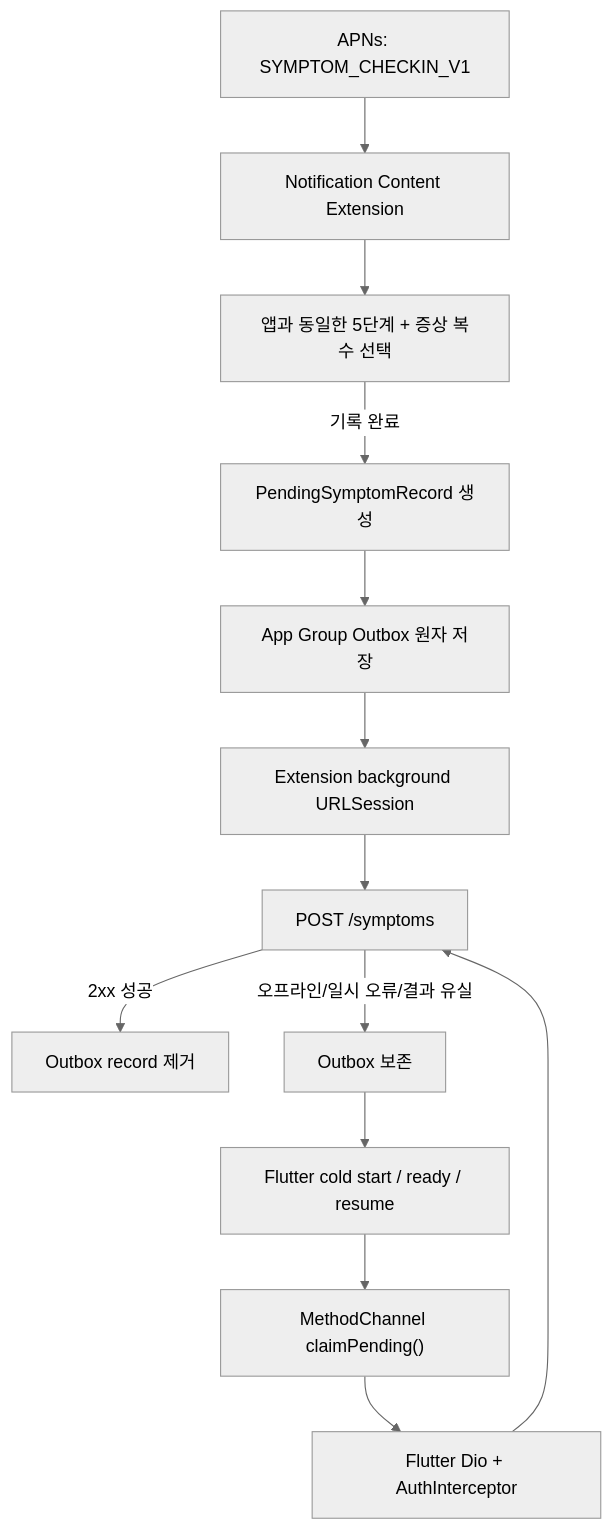
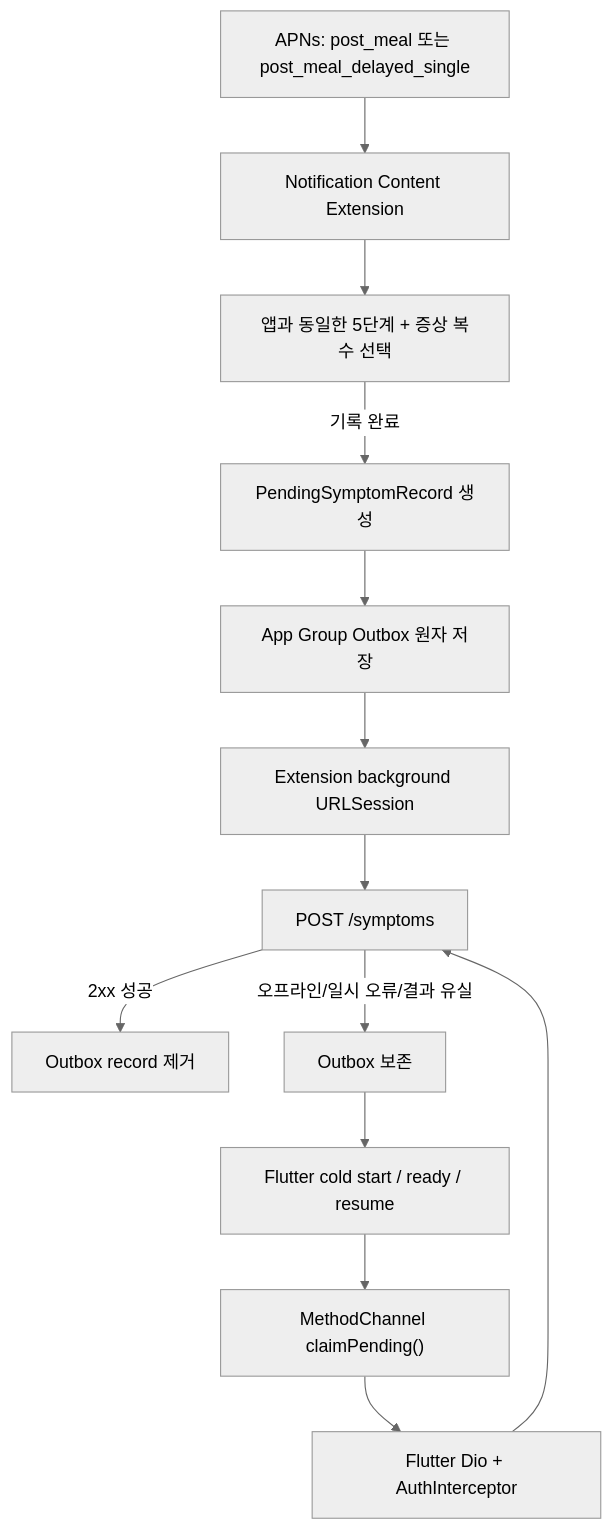
One commit to pp11t5/can-i-eat-it-flutter changed the diagram in docs/plans/ios-rich-push-implementation-plan.md. Above: the diagram before and after it, drawn with Mermaid (neutral theme). The commit also changed other lines of this file and 22 other files, not shown here.

````diff
--- a/docs/plans/ios-rich-push-implementation-plan.md
+++ b/docs/plans/ios-rich-push-implementation-plan.md
@@ -22,15 +22,15 @@
 ```mermaid
 flowchart TD
-    A["APNs: SYMPTOM_CHECKIN_V1"] --> B["Notification Content Extension"]
+    A["APNs: post_meal 또는 post_meal_delayed_single"] --> B["Notification Content Extension"]
     B --> C["앱과 동일한 5단계 + 증상 복수 선택"]
     C -->|"기록 완료"| D["PendingSymptomRecord 생성"]
     D --> E["App Group Outbox 원자 저장"]
     E --> F["Extension background URLSession"]
     F --> G["POST /symptoms"]
     G -->|"2xx 성공"| H["Outbox record 제거"]
     G -->|"오프라인/일시 오류/결과 유실"| I["Outbox 보존"]
     I --> J["Flutter cold start / ready / resume"]
     J --> K["MethodChannel claimPending()"]
     K --> L["Flutter Dio + AuthInterceptor"]
     L --> G
 ```
````
